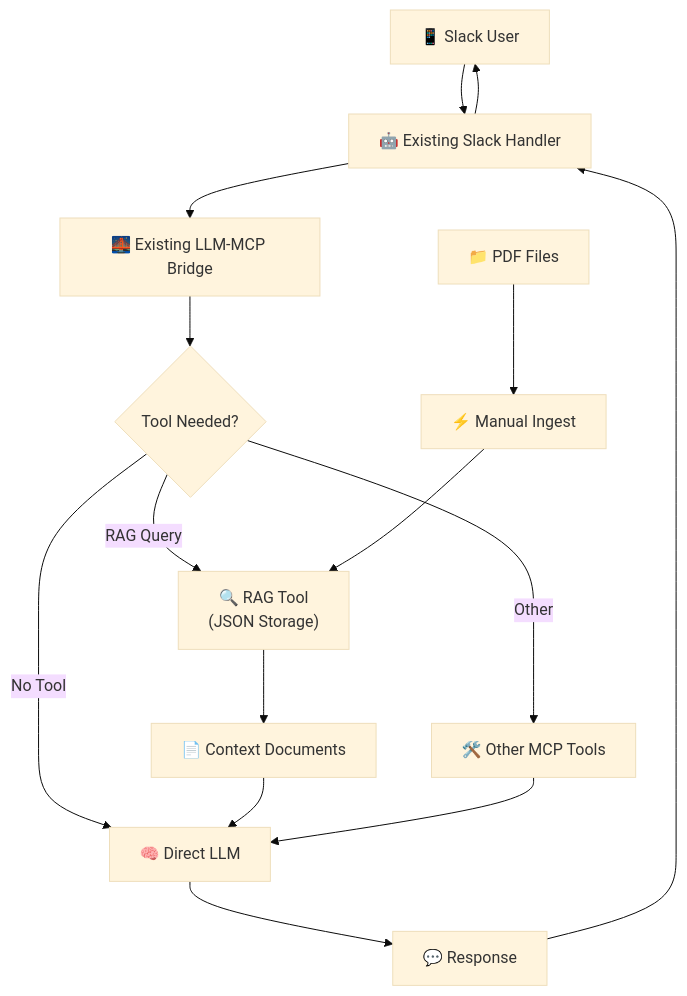
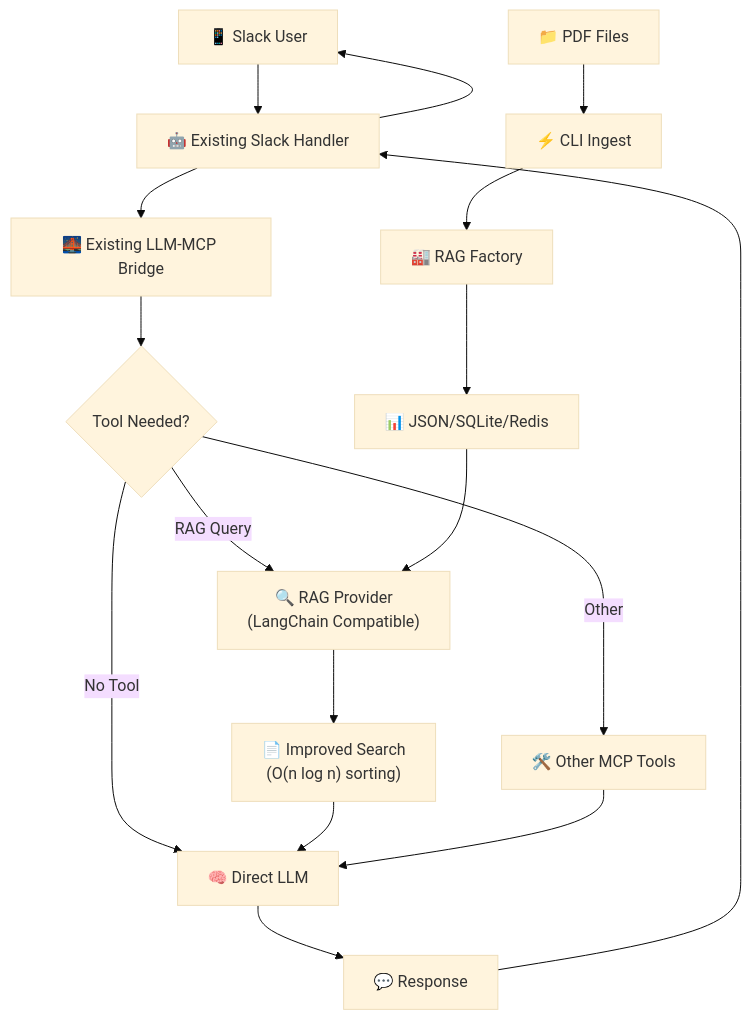
Before and after one commit to tuannvm/slack-mcp-client: the diagram in docs/rag-json.md, drawn with Mermaid (base theme). The commit also changed other lines of this file and 3 other files, not shown here.

Commit message:
docs(*): Update RAG documentation with improved architecture and features

````diff
--- a/docs/rag-json.md
+++ b/docs/rag-json.md
@@ -9,18 +9,20 @@
 ```mermaid
 graph TD
     A["📱 Slack User"] --> B["🤖 Existing Slack Handler"]
     B --> C["🌉 Existing LLM-MCP Bridge"]
     C --> D{"Tool Needed?"}
-    D -->|RAG Query| E["🔍 RAG Tool<br/>(JSON Storage)"]
+    D -->|RAG Query| E["🔍 RAG Provider<br/>(LangChain Compatible)"]
     D -->|Other| F["🛠️ Other MCP Tools"]
     D -->|No Tool| G["🧠 Direct LLM"]
-    E --> H["📄 Context Documents"]
+    E --> H["📄 Improved Search<br/>(O(n log n) sorting)"]
     H --> G
     F --> G
     G --> I["💬 Response"]
     I --> B
     B --> A
     
-    J["📁 PDF Files"] --> K["⚡ Manual Ingest"]
-    K --> E
+    J["📁 PDF Files"] --> K["⚡ CLI Ingest"]
+    K --> L["🏭 RAG Factory"]
+    L --> M["📊 JSON/SQLite/Redis"]
+    M --> E
 ```
````
